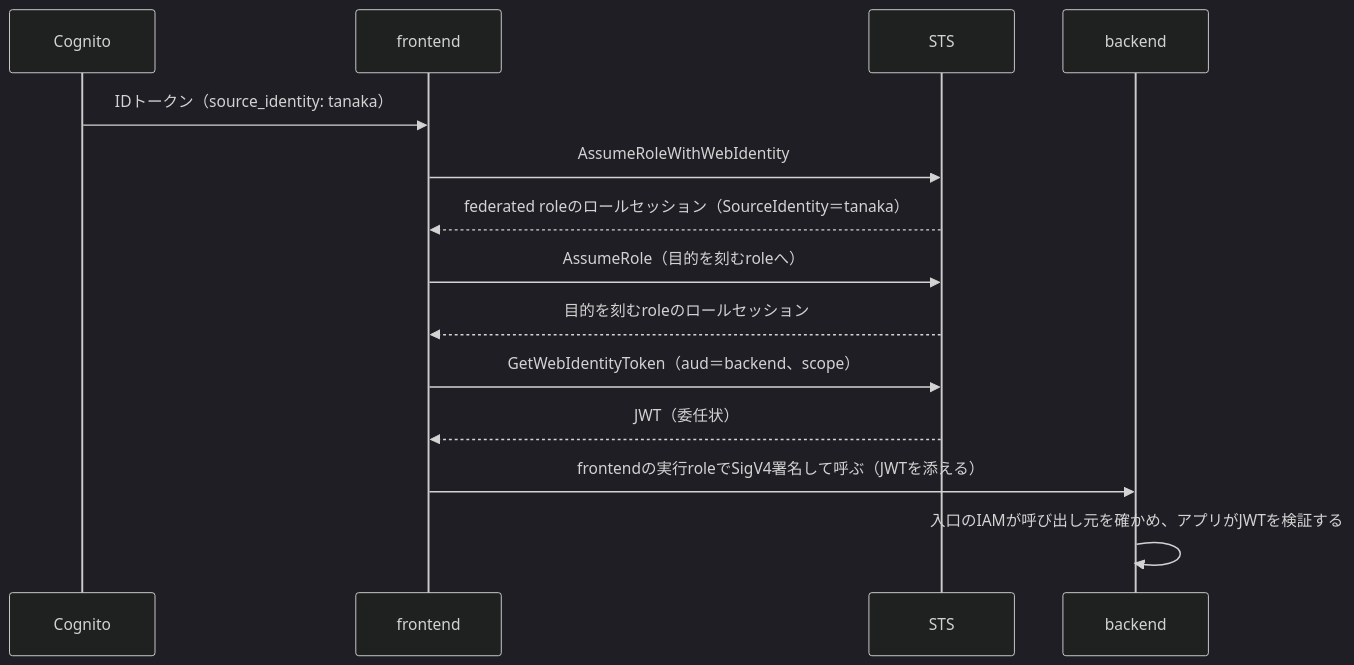
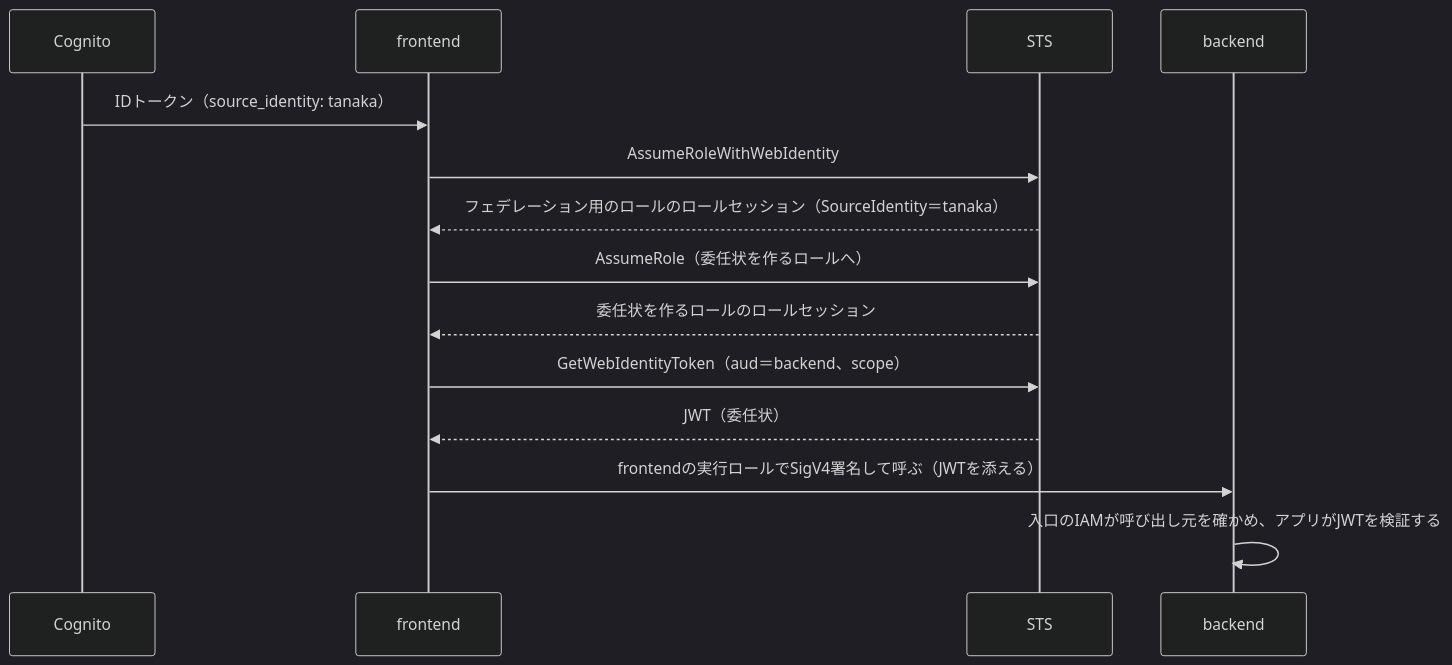
One commit to mahitotsu/gekko_08 changed the diagram in drafts/01-delegation-on-aws.md. Above: the diagram before and after it, drawn with Mermaid (dark theme). The commit also changed other lines of this file and 2 other files, not shown here.

````diff
--- a/drafts/01-delegation-on-aws.md
+++ b/drafts/01-delegation-on-aws.md
@@ -72,16 +72,16 @@
 ```mermaid
 sequenceDiagram
   participant C as Cognito
   participant F as frontend
   participant S as STS
   participant H as backend
   C->>F: IDトークン（source_identity: tanaka）
   F->>S: AssumeRoleWithWebIdentity
-  S-->>F: federated roleのロールセッション（SourceIdentity＝tanaka）
-  F->>S: AssumeRole（目的を刻むroleへ）
-  S-->>F: 目的を刻むroleのロールセッション
+  S-->>F: フェデレーション用のロールのロールセッション（SourceIdentity＝tanaka）
+  F->>S: AssumeRole（委任状を作るロールへ）
+  S-->>F: 委任状を作るロールのロールセッション
   F->>S: GetWebIdentityToken（aud＝backend、scope）
   S-->>F: JWT（委任状）
-  F->>H: frontendの実行roleでSigV4署名して呼ぶ（JWTを添える）
+  F->>H: frontendの実行ロールでSigV4署名して呼ぶ（JWTを添える）
   H->>H: 入口のIAMが呼び出し元を確かめ、アプリがJWTを検証する
 ```
````
